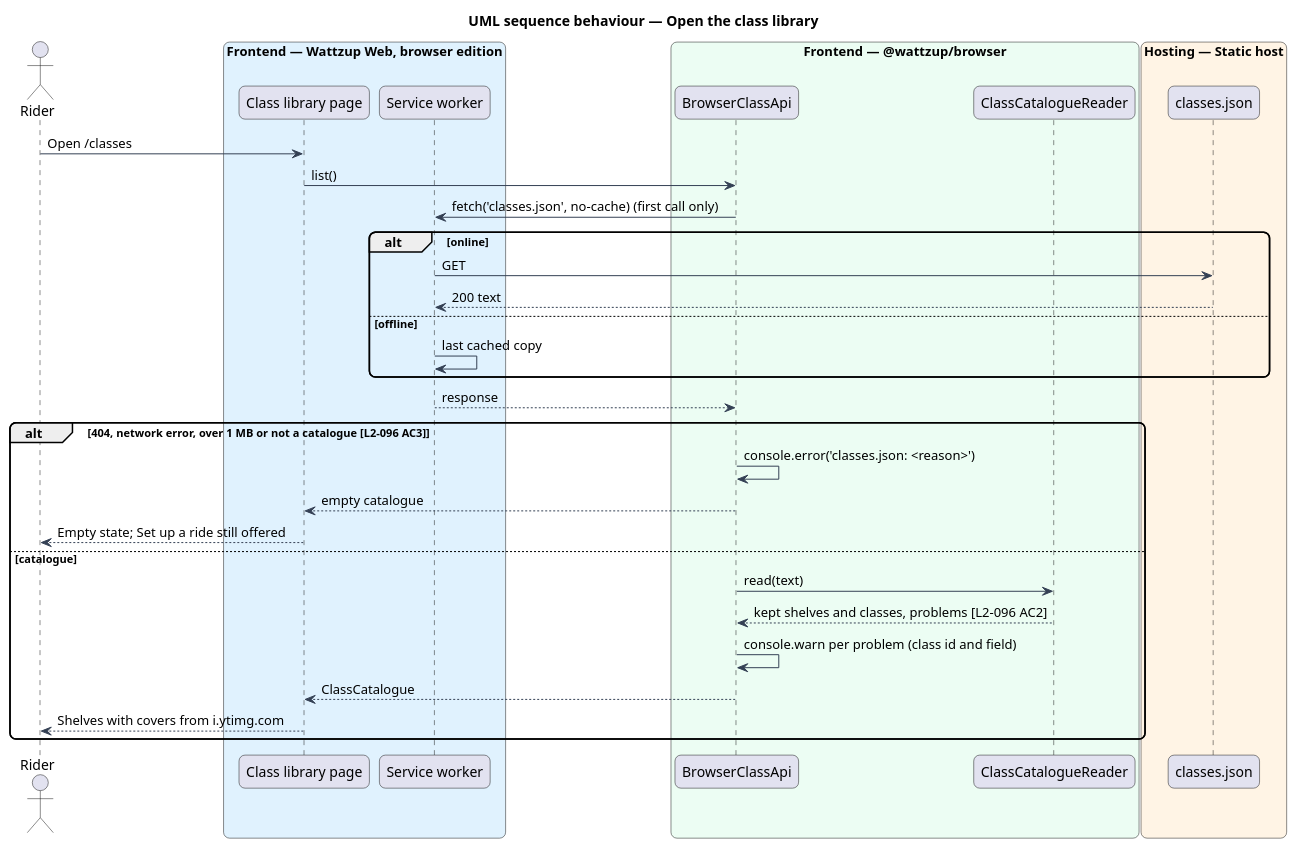
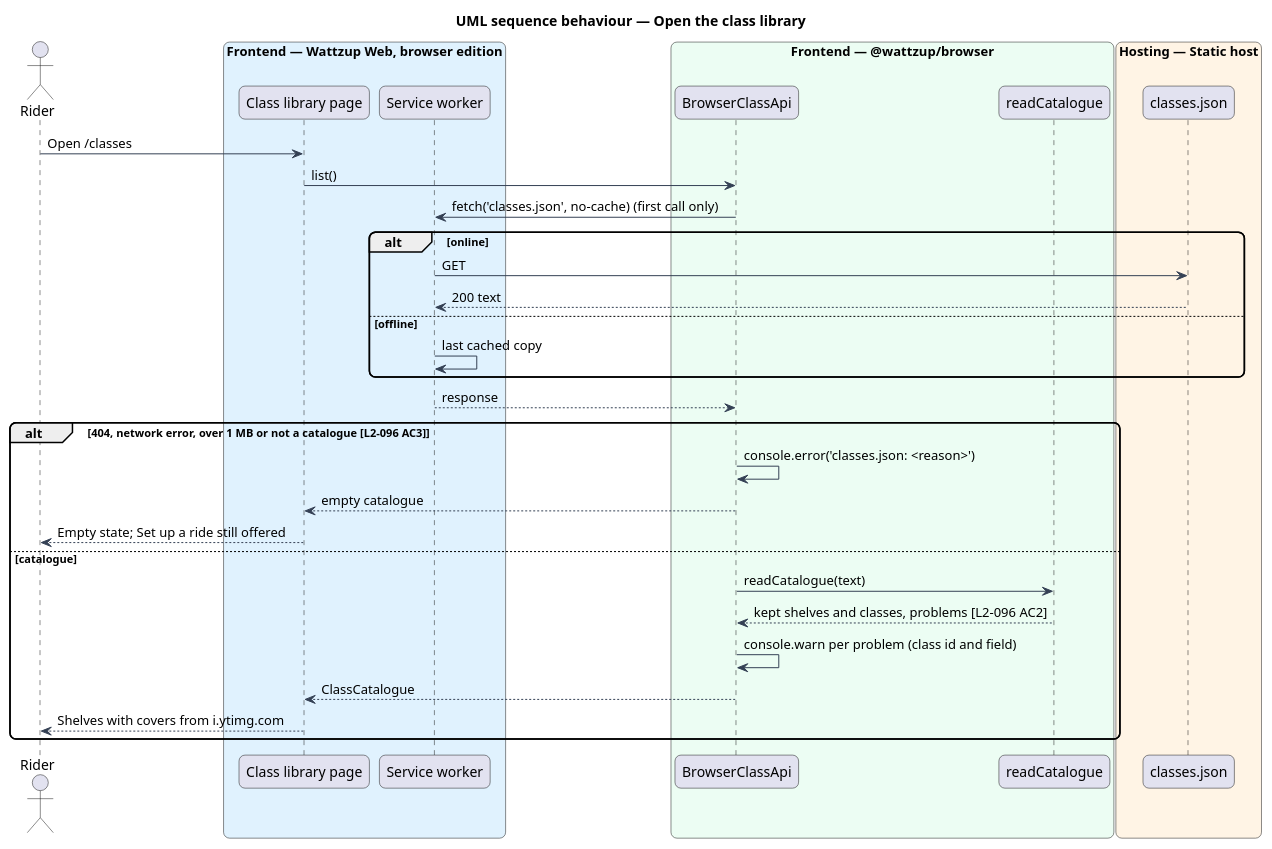
One commit to QuinntyneBrown/ride-one changed the diagram in docs/detailed-designs/browser-edition/load-classes-in-browser/diagrams/sequence-load-catalogue.puml. Above: the diagram before and after it, drawn with PlantUML. The commit also changed 21 other files, not shown here.

First line of the commit message:
Read the class catalogue from classes.json in the browser edition (L2-096)

```diff
--- a/docs/detailed-designs/browser-edition/load-classes-in-browser/diagrams/sequence-load-catalogue.puml
+++ b/docs/detailed-designs/browser-edition/load-classes-in-browser/diagrams/sequence-load-catalogue.puml
@@ -1,42 +1,42 @@
 @startuml
 title UML sequence behaviour — Open the class library
 skinparam backgroundColor #FFFFFF
 skinparam shadowing false
 skinparam roundcorner 12
 skinparam defaultFontName Arial
 skinparam ArrowColor #344054
 actor "Rider" as rider
 box "Frontend — Wattzup Web, browser edition" #E0F2FE
   participant "Class library page" as page
   participant "Service worker" as sw
 end box
 box "Frontend — @wattzup/browser" #ECFDF3
   participant "BrowserClassApi" as api
-  participant "ClassCatalogueReader" as reader
+  participant "readCatalogue" as reader
 end box
 box "Hosting — Static host" #FFF4E5
   participant "classes.json" as file
 end box
 
 rider -> page : Open /classes
 page -> api : list()
 api -> sw : fetch('classes.json', no-cache) (first call only)
 alt online
   sw -> file : GET
   file --> sw : 200 text
 else offline
   sw -> sw : last cached copy
 end
 sw --> api : response
 alt 404, network error, over 1 MB or not a catalogue [L2-096 AC3]
   api -> api : console.error('classes.json: <reason>')
   api --> page : empty catalogue
   page --> rider : Empty state; Set up a ride still offered
 else catalogue
-  api -> reader : read(text)
+  api -> reader : readCatalogue(text)
   reader --> api : kept shelves and classes, problems [L2-096 AC2]
   api -> api : console.warn per problem (class id and field)
   api --> page : ClassCatalogue
   page --> rider : Shelves with covers from i.ytimg.com
 end
 @enduml
```
